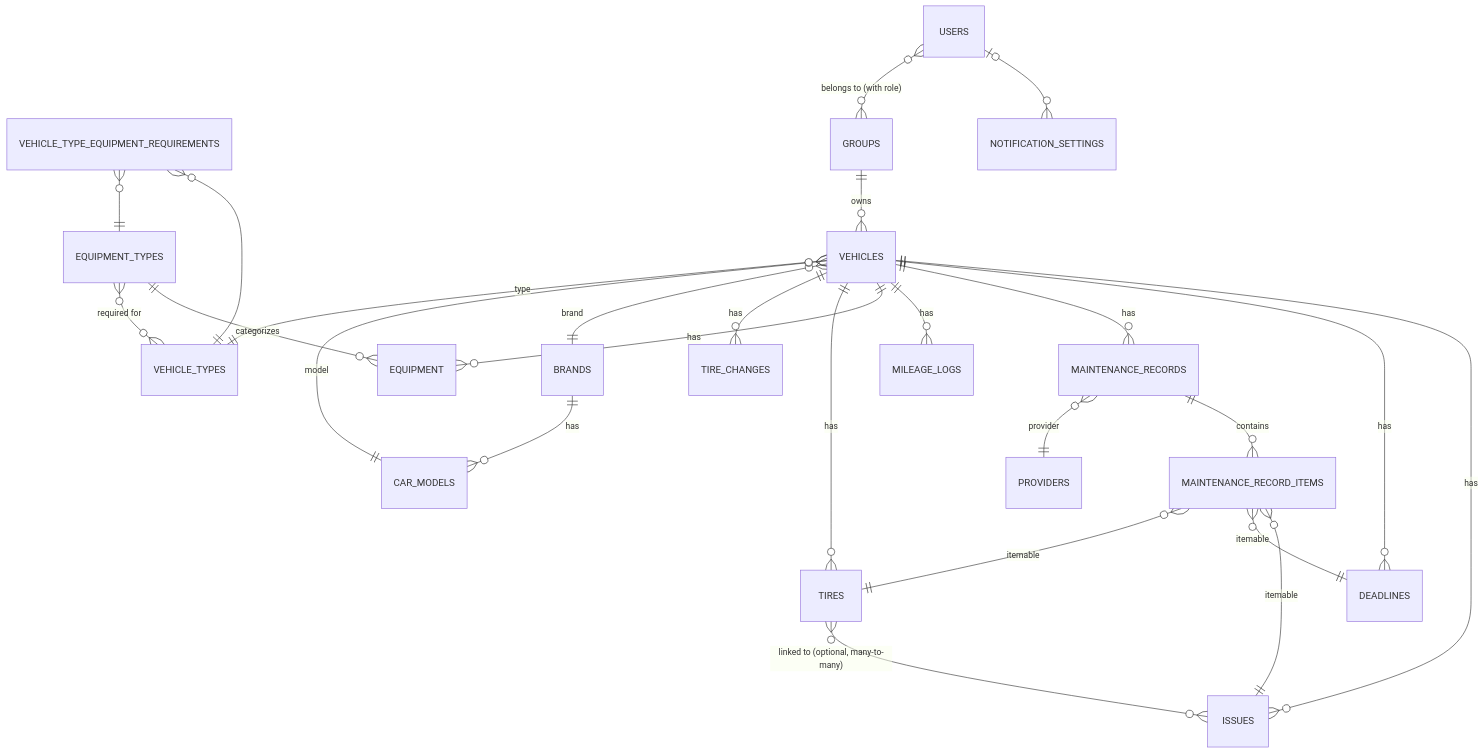
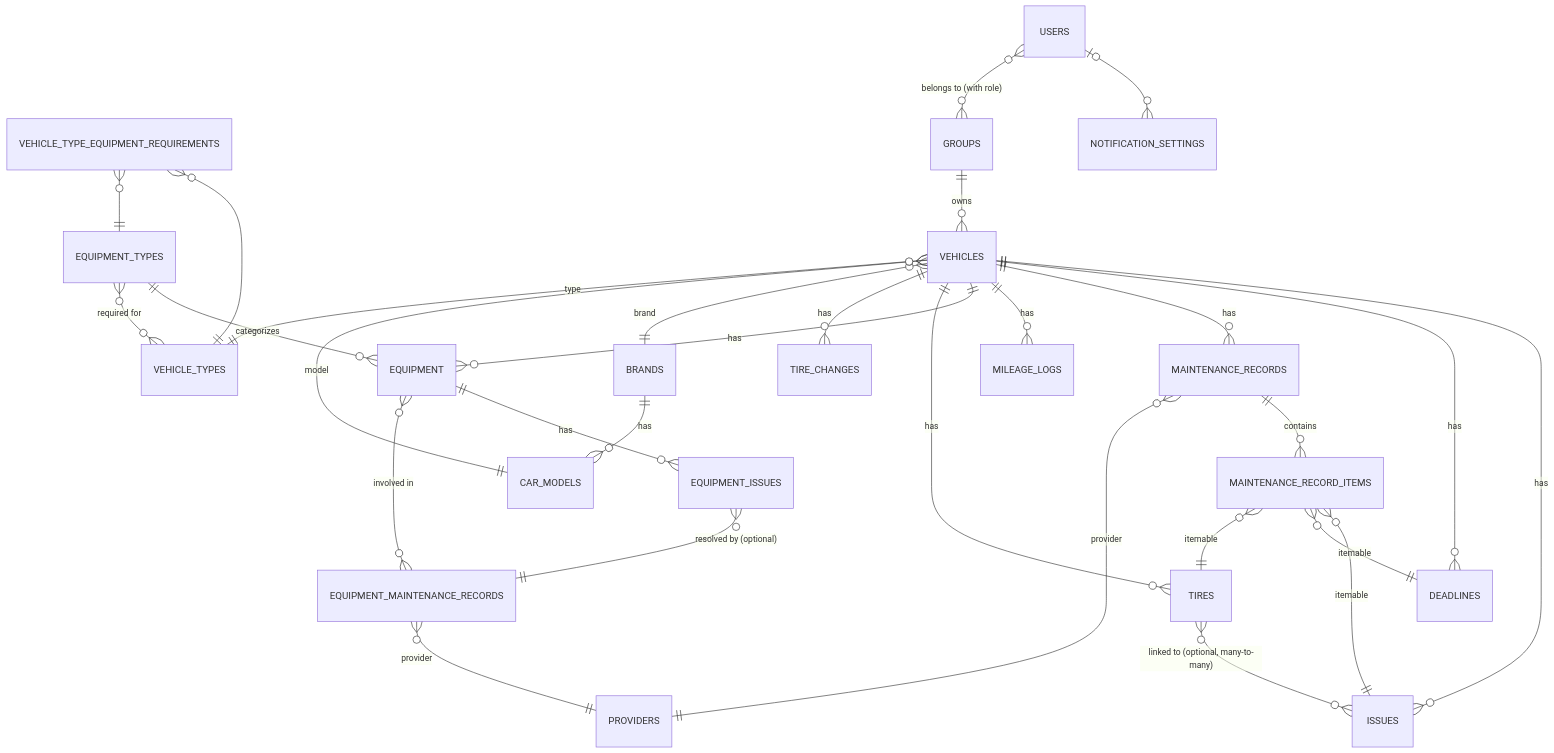
One commit to mirkobechini/CV_Backoffice changed the diagram in README.md. Above: the diagram before and after it, drawn with Mermaid. The commit also changed other lines of this file and 3 other files, not shown here.

````diff
--- a/README.md
+++ b/README.md
@@ -157,35 +159,41 @@
 ```mermaid
 erDiagram
     %% Vehicles and records
     VEHICLES ||--o{ ISSUES : "has"
     VEHICLES ||--o{ DEADLINES : "has"
     VEHICLES ||--o{ MAINTENANCE_RECORDS : "has"
     VEHICLES ||--o{ MILEAGE_LOGS : "has"
     VEHICLES ||--o{ EQUIPMENT : "has"
     VEHICLES ||--o{ TIRES : "has"
     VEHICLES ||--o{ TIRE_CHANGES : "has"
     TIRES }o--o{ ISSUES : "linked to (optional, many-to-many)"
     VEHICLES }o--|| BRANDS : "brand"
     VEHICLES }o--|| CAR_MODELS : "model"
     VEHICLES }o--|| VEHICLE_TYPES : "type"
 
     BRANDS ||--o{ CAR_MODELS : "has"
 
     EQUIPMENT_TYPES ||--o{ EQUIPMENT : "categorizes"
     EQUIPMENT_TYPES }o--o{ VEHICLE_TYPES : "required for"
 
     VEHICLE_TYPE_EQUIPMENT_REQUIREMENTS }o--|| VEHICLE_TYPES : ""
     VEHICLE_TYPE_EQUIPMENT_REQUIREMENTS }o--|| EQUIPMENT_TYPES : ""
 
+    %% Equipment faults and appointments (separate from the vehicle ones)
+    EQUIPMENT ||--o{ EQUIPMENT_ISSUES : "has"
+    EQUIPMENT_ISSUES }o--|| EQUIPMENT_MAINTENANCE_RECORDS : "resolved by (optional)"
+    EQUIPMENT }o--o{ EQUIPMENT_MAINTENANCE_RECORDS : "involved in"
+    EQUIPMENT_MAINTENANCE_RECORDS }o--|| PROVIDERS : "provider"
+
     %% Polymorphic maintenance
     MAINTENANCE_RECORDS ||--o{ MAINTENANCE_RECORD_ITEMS : "contains"
     MAINTENANCE_RECORD_ITEMS }o--|| ISSUES : "itemable"
     MAINTENANCE_RECORD_ITEMS }o--|| DEADLINES : "itemable"
     MAINTENANCE_RECORD_ITEMS }o--|| TIRES : "itemable"
     MAINTENANCE_RECORDS }o--|| PROVIDERS : "provider"
 
     %% Users and configuration
     USERS |o--o{ NOTIFICATION_SETTINGS : ""
     USERS }o--o{ GROUPS : "belongs to (with role)"
     GROUPS ||--o{ VEHICLES : "owns"
 ```
````
